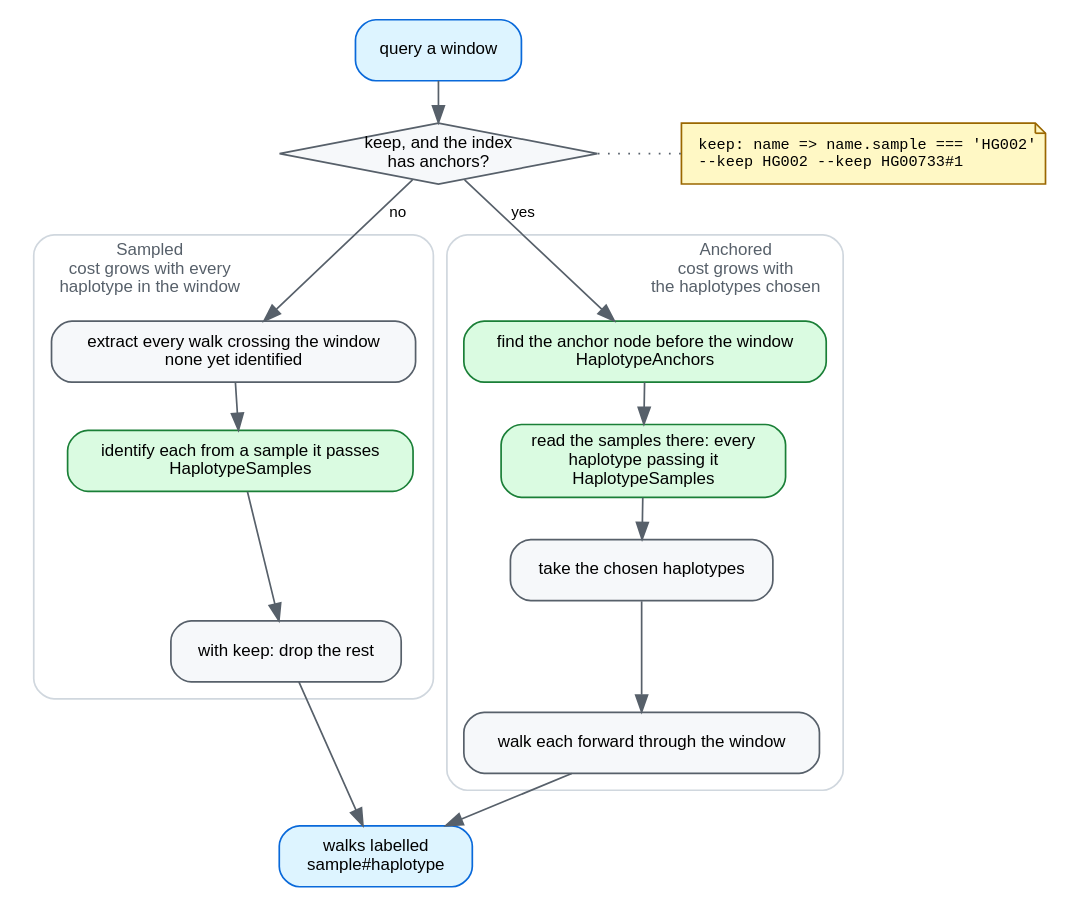
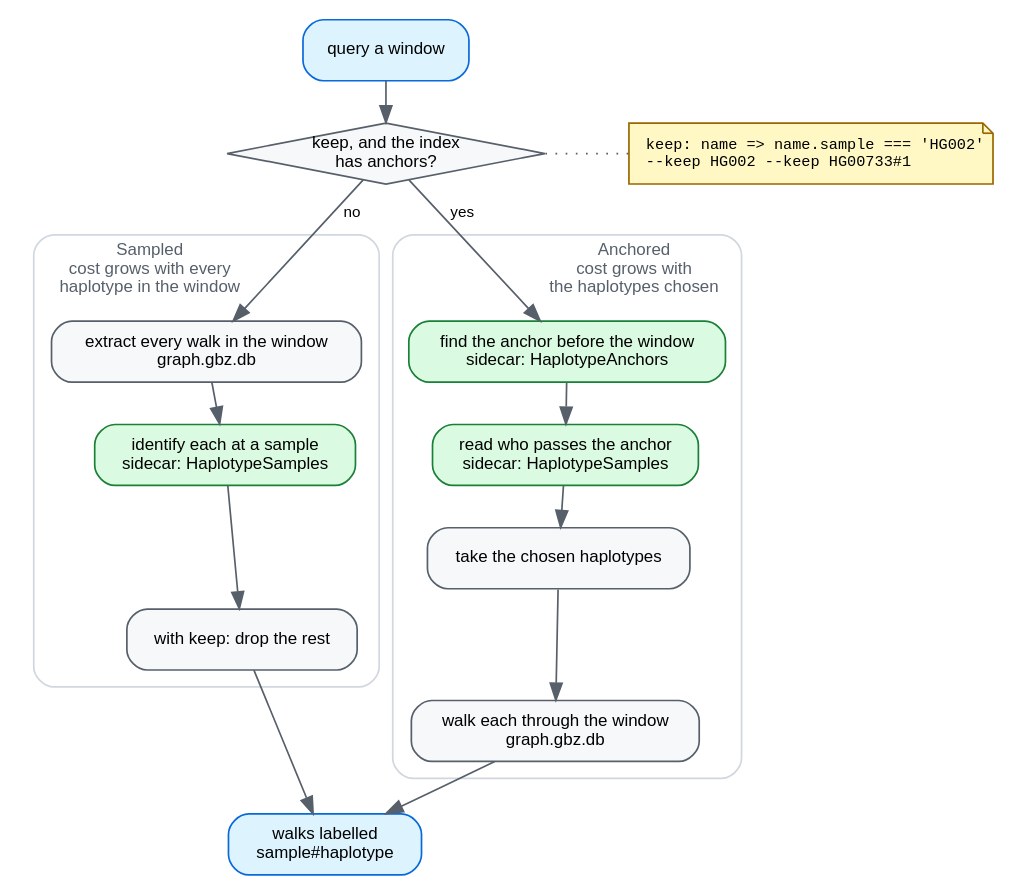
One commit to GMOD/gbz-base-js changed the diagram in docs/img/naming-routes.dot. Above: the diagram before and after it, drawn with Graphviz. The commit also changed 3 other files, not shown here.

First line of the commit message:
Docs: show where the naming-route diagrams read their data

```diff
--- a/docs/img/naming-routes.dot
+++ b/docs/img/naming-routes.dot
@@ -1,66 +1,66 @@
 // Source for docs/img/naming-routes.svg, which docs/haplotype-index.md embeds.
 // Regenerate with: dot -Tsvg docs/img/naming-routes.dot -o docs/img/naming-routes.svg
 // Palette matches dataflow.dot.
 //
 // Main paths only. The anchored route's two fallbacks (a chosen haplotype
 // missing from the anchor, a walk that never reaches the window) are prose in
 // haplotype-index.md; drawn, their dashed edges crossed both clusters and
 // buried the choice the diagram exists to show.
 digraph namingroutes {
   rankdir=TB
   bgcolor="white"
   nodesep=0.35
   ranksep=0.32
   newrank=true
   node [shape=box style="filled,rounded" fillcolor="#f6f8fa" color="#57606a"
         fontname="Helvetica" fontsize=10 margin="0.14,0.07"]
   edge [color="#57606a" fontname="Helvetica" fontsize=9]
 
   query  [label="query a window" fillcolor="#ddf4ff" color="#0969da"]
   choose [label="keep, and the index\nhas anchors?" shape=diamond style=filled margin="0.02,0.02"]
   how    [label="keep: name => name.sample === 'HG002'\l--keep HG002 --keep HG00733#1\l"
           shape=note fontname="Courier" fontsize=9 fillcolor="#fff8c5" color="#9a6700"]
   { rank=same; choose; how }
   choose -> how [style=dotted arrowhead=none]
   out    [label="walks labelled\nsample#haplotype" fillcolor="#ddf4ff" color="#0969da"]
 
   query -> choose
 
   subgraph cluster_sampled {
     label="Sampled\ncost grows with every\nhaplotype in the window"
     labelloc="t"
     labeljust="l"
     fontname="Helvetica"
     fontsize=10
     fontcolor="#57606a"
     color="#d0d7de"
     style="rounded"
     margin=10
-    s1 [label="extract every walk crossing the window\nnone yet identified"]
-    s2 [label="identify each from a sample it passes\nHaplotypeSamples" fillcolor="#dafbe1" color="#1a7f37"]
+    s1 [label="extract every walk in the window\ngraph.gbz.db"]
+    s2 [label="identify each at a sample\nsidecar: HaplotypeSamples" fillcolor="#dafbe1" color="#1a7f37"]
     s3 [label="with keep: drop the rest"]
     s1 -> s2 -> s3
   }
 
   subgraph cluster_anchored {
     label="Anchored\ncost grows with\nthe haplotypes chosen"
     labelloc="t"
     labeljust="r"
     fontname="Helvetica"
     fontsize=10
     fontcolor="#57606a"
     color="#d0d7de"
     style="rounded"
     margin=10
-    a1 [label="find the anchor node before the window\nHaplotypeAnchors" fillcolor="#dafbe1" color="#1a7f37"]
-    a2 [label="read the samples there: every\nhaplotype passing it\nHaplotypeSamples" fillcolor="#dafbe1" color="#1a7f37"]
+    a1 [label="find the anchor before the window\nsidecar: HaplotypeAnchors" fillcolor="#dafbe1" color="#1a7f37"]
+    a2 [label="read who passes the anchor\nsidecar: HaplotypeSamples" fillcolor="#dafbe1" color="#1a7f37"]
     a2b [label="take the chosen haplotypes"]
-    a3 [label="walk each forward through the window"]
+    a3 [label="walk each through the window\ngraph.gbz.db"]
     a1 -> a2 -> a2b -> a3
   }
 
   choose -> s1 [label=" no "]
   choose -> a1 [label=" yes "]
   s3 -> out
   a3 -> out
 }
```
